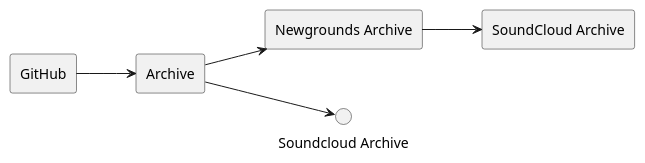
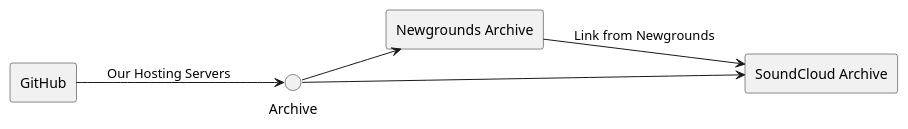
Before and after one commit to RPRO-Project/RPRO_entity_141217: the diagram in map_121417.puml, drawn with PlantUML.

```diff
--- a/map_121417.puml
+++ b/map_121417.puml
@@ -1,16 +1,16 @@
 @startuml
 
 left to right direction
 'top to bottom direction
 
 rectangle GitHub
-rectangle Archive
+circle Archive
 rectangle "Newgrounds Archive"
 rectangle "SoundCloud Archive"
 
-GitHub --> Archive 
-Archive --> "Newgrounds Archive"
-Archive --> "Soundcloud Archive"
-"Newgrounds Archive" --> "SoundCloud Archive"
+GitHub --> Archive : Our Hosting Servers 
+Archive --> (Newgrounds Archive)
+Archive --> (SoundCloud Archive)
+(Newgrounds Archive) --> (SoundCloud Archive) : Link from Newgrounds
 
 @enduml
```
